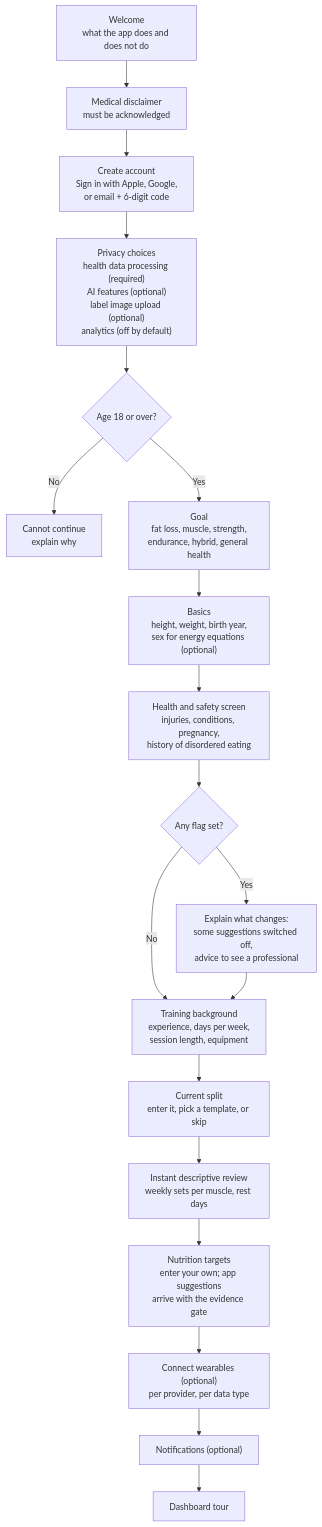
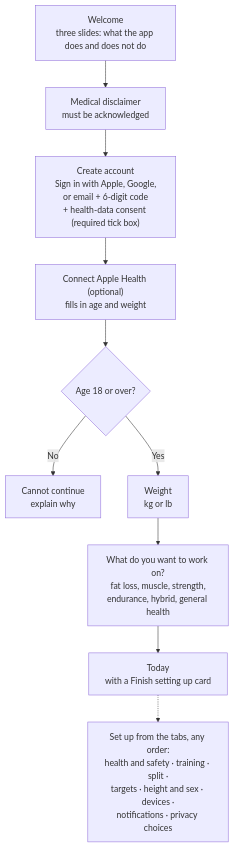
One commit to simonlurie09-a11y/Routine-Sanbox-Test changed the diagram in nutrition-training-companion/docs/07-product-flows.md. Above: the diagram before and after it, drawn with Mermaid. The commit also changed other lines of this file and 33 other files, not shown here.

````diff
--- a/nutrition-training-companion/docs/07-product-flows.md
+++ b/nutrition-training-companion/docs/07-product-flows.md
@@ -9,21 +11,12 @@
 ```mermaid
 flowchart TD
-  A["Welcome<br/>what the app does and does not do"] --> B["Medical disclaimer<br/>must be acknowledged"]
-  B --> C["Create account<br/>Sign in with Apple, Google,<br/>or email + 6-digit code"]
-  C --> D["Privacy choices<br/>health data processing (required)<br/>AI features (optional)<br/>label image upload (optional)<br/>analytics (off by default)"]
+  A["Welcome<br/>three slides: what the app does and does not do"] --> B["Medical disclaimer<br/>must be acknowledged"]
+  B --> C["Create account<br/>Sign in with Apple, Google,<br/>or email + 6-digit code<br/>+ health-data consent (required tick box)"]
+  C --> D["Connect Apple Health (optional)<br/>fills in age and weight"]
   D --> E{"Age 18 or over?"}
   E -- "No" --> E2["Cannot continue<br/>explain why"]
-  E -- "Yes" --> F["Goal<br/>fat loss, muscle, strength,<br/>endurance, hybrid, general health"]
-  F --> G["Basics<br/>height, weight, birth year,<br/>sex for energy equations (optional)"]
-  G --> H["Health and safety screen<br/>injuries, conditions, pregnancy,<br/>history of disordered eating"]
-  H --> H2{"Any flag set?"}
-  H2 -- "Yes" --> H3["Explain what changes:<br/>some suggestions switched off,<br/>advice to see a professional"]
-  H2 -- "No" --> I
-  H3 --> I["Training background<br/>experience, days per week,<br/>session length, equipment"]
-  I --> J["Current split<br/>enter it, pick a template, or skip"]
-  J --> J2["Instant descriptive review<br/>weekly sets per muscle, rest days"]
-  J2 --> K["Nutrition targets<br/>enter your own; app suggestions<br/>arrive with the evidence gate"]
-  K --> L["Connect wearables (optional)<br/>per provider, per data type"]
-  L --> M["Notifications (optional)"]
-  M --> N["Dashboard tour"]
+  E -- "Yes" --> F["Weight<br/>kg or lb"]
+  F --> G["What do you want to work on?<br/>fat loss, muscle, strength,<br/>endurance, hybrid, general health"]
+  G --> H["Today<br/>with a Finish setting up card"]
+  H -.-> S["Set up from the tabs, any order:<br/>health and safety · training · split ·<br/>targets · height and sex · devices ·<br/>notifications · privacy choices"]
 ```
````
